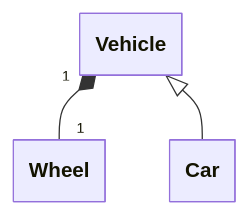
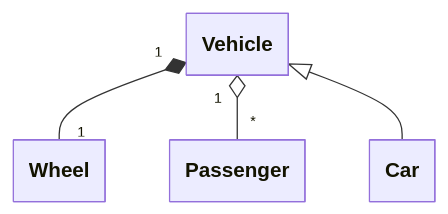
Before and after one commit to 3strategy/BeautifulMivney: the second of 3 diagrams in oop/01inheritc.md, drawn with Mermaid. The commit also changed other lines of this file and 1 other file, not shown here.

Commit message:
updated mermaid Composition ♦ vs Agregation ◇

````diff
--- a/oop/01inheritc.md
+++ b/oop/01inheritc.md
@@ -71,11 +71,12 @@
 ```mermaid
 ---
 config:
     class:
         hideEmptyMembersBox: true
 ---
 classDiagram
     Vehicle "1" *-- "1" Wheel
+    Vehicle "1" o-- "*" Passenger
     Vehicle <|-- Car
 
 ```
````
